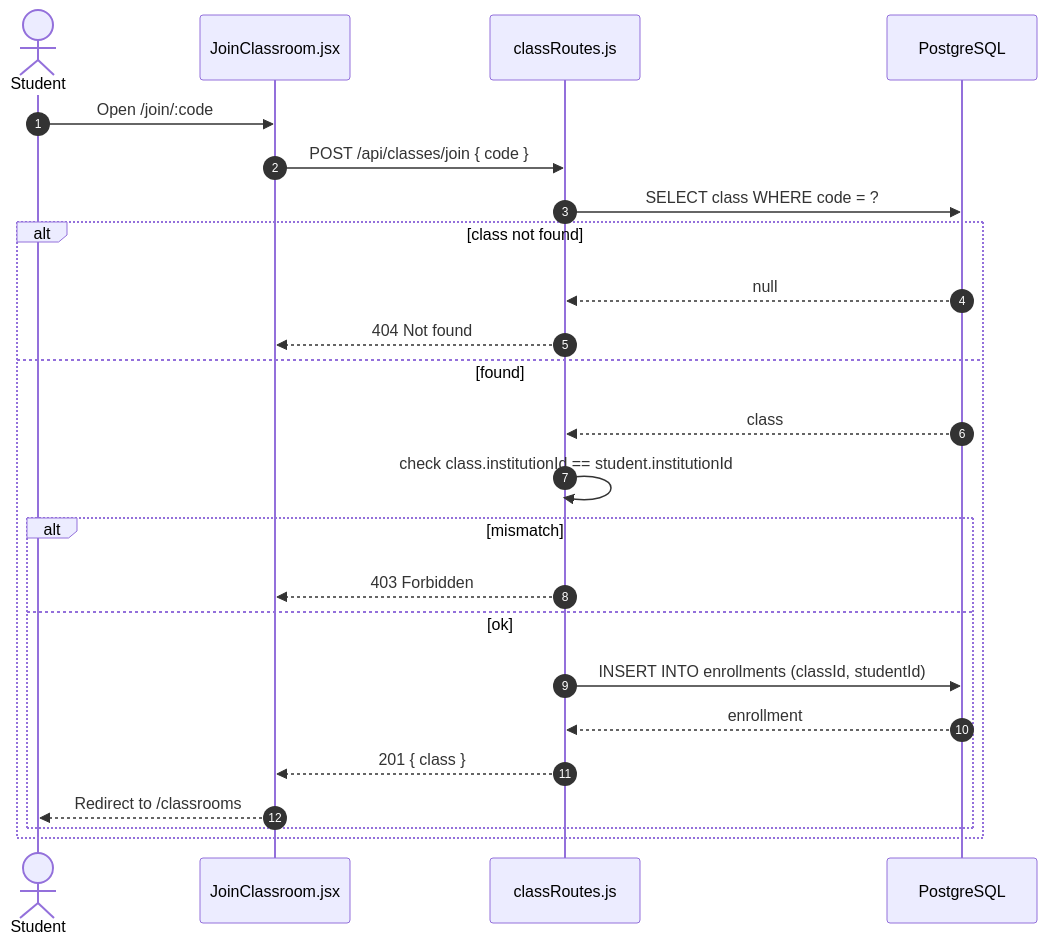
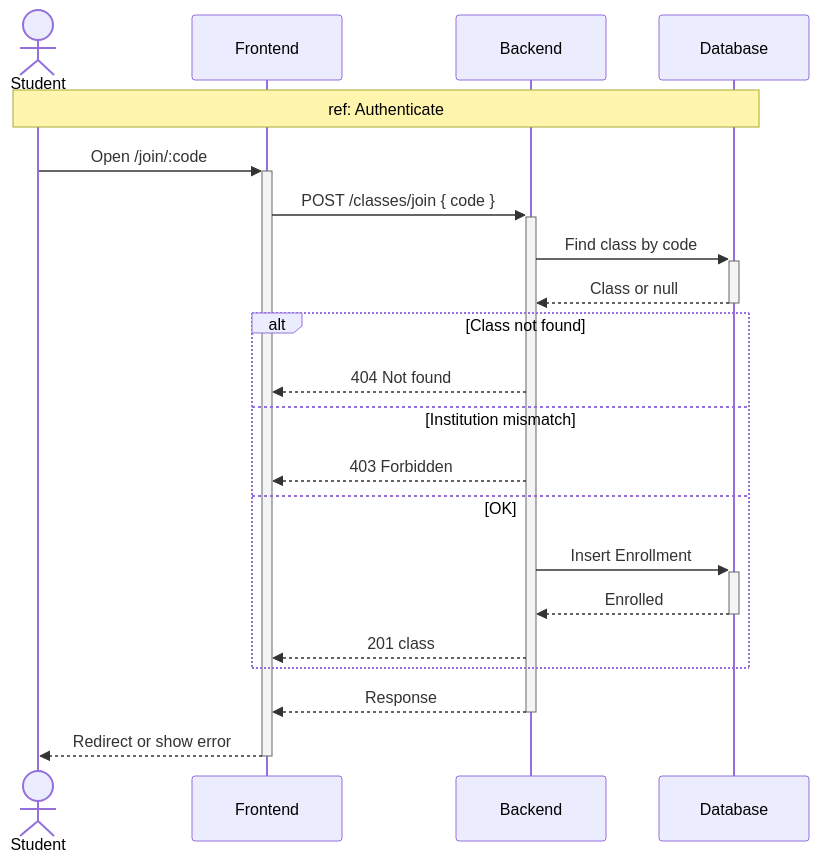
The third of 7 diagrams in docs/07_chapitre5_sprint3.md (MaizaAymen/OmniLearn), drawn with Mermaid before and after one commit. The commit also changed other lines of this file and 4 other files, not shown here.

````diff
--- a/docs/07_chapitre5_sprint3.md
+++ b/docs/07_chapitre5_sprint3.md
@@ -152,27 +152,27 @@
 ```mermaid
 sequenceDiagram
-  autonumber
-  actor S as Student
-  participant FE as JoinClassroom.jsx
-  participant API as classRoutes.js
-  participant DB as PostgreSQL
+    actor Student
+    participant FE as Frontend
+    participant API as Backend
+    participant DB as Database
 
-  S->>FE: Open /join/:code
-  FE->>API: POST /api/classes/join { code }
-  API->>DB: SELECT class WHERE code = ?
-  alt class not found
-    DB-->>API: null
-    API-->>FE: 404 Not found
-  else found
-    DB-->>API: class
-    API->>API: check class.institutionId == student.institutionId
-    alt mismatch
-      API-->>FE: 403 Forbidden
-    else ok
-      API->>DB: INSERT INTO enrollments (classId, studentId)
-      DB-->>API: enrollment
-      API-->>FE: 201 { class }
-      FE-->>S: Redirect to /classrooms
+    Note over Student,DB: ref: Authenticate
+
+    Student->>+FE: Open /join/:code
+    FE->>+API: POST /classes/join { code }
+    API->>+DB: Find class by code
+    DB-->>-API: Class or null
+
+    alt Class not found
+        API-->>FE: 404 Not found
+    else Institution mismatch
+        API-->>FE: 403 Forbidden
+    else OK
+        API->>+DB: Insert Enrollment
+        DB-->>-API: Enrolled
+        API-->>FE: 201 class
     end
-  end
+
+    API-->>-FE: Response
+    FE-->>-Student: Redirect or show error
 ```
````
